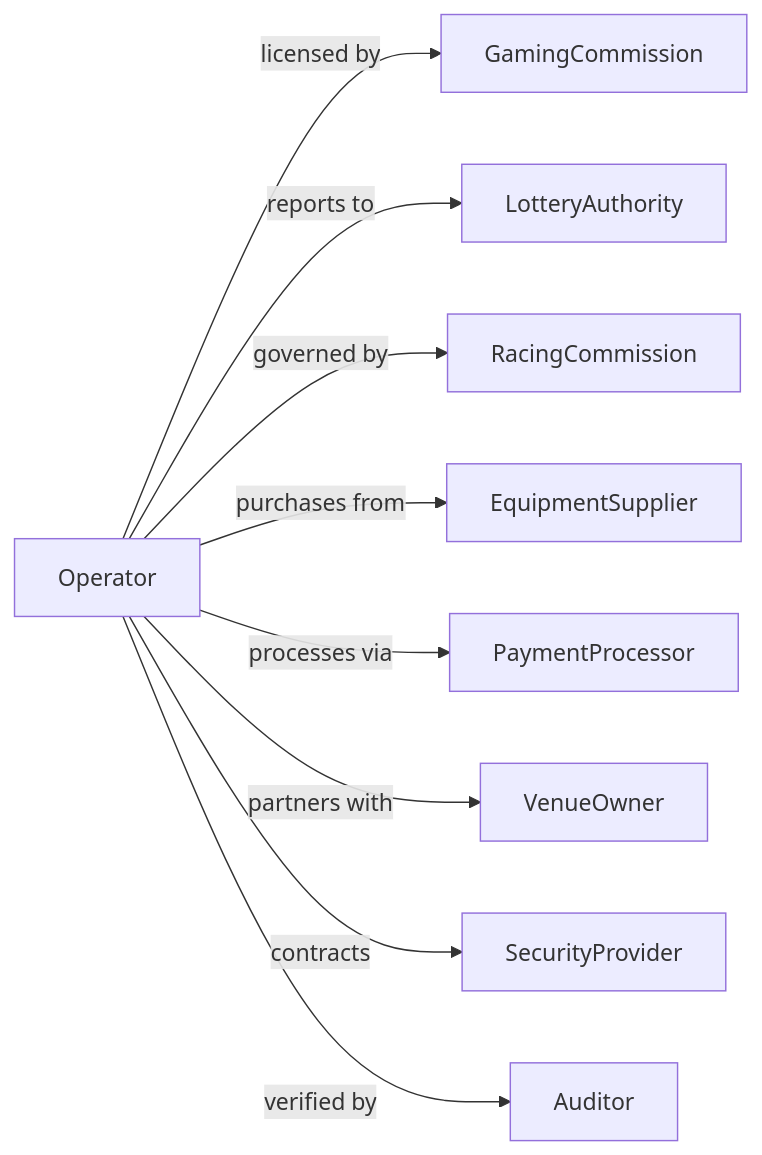
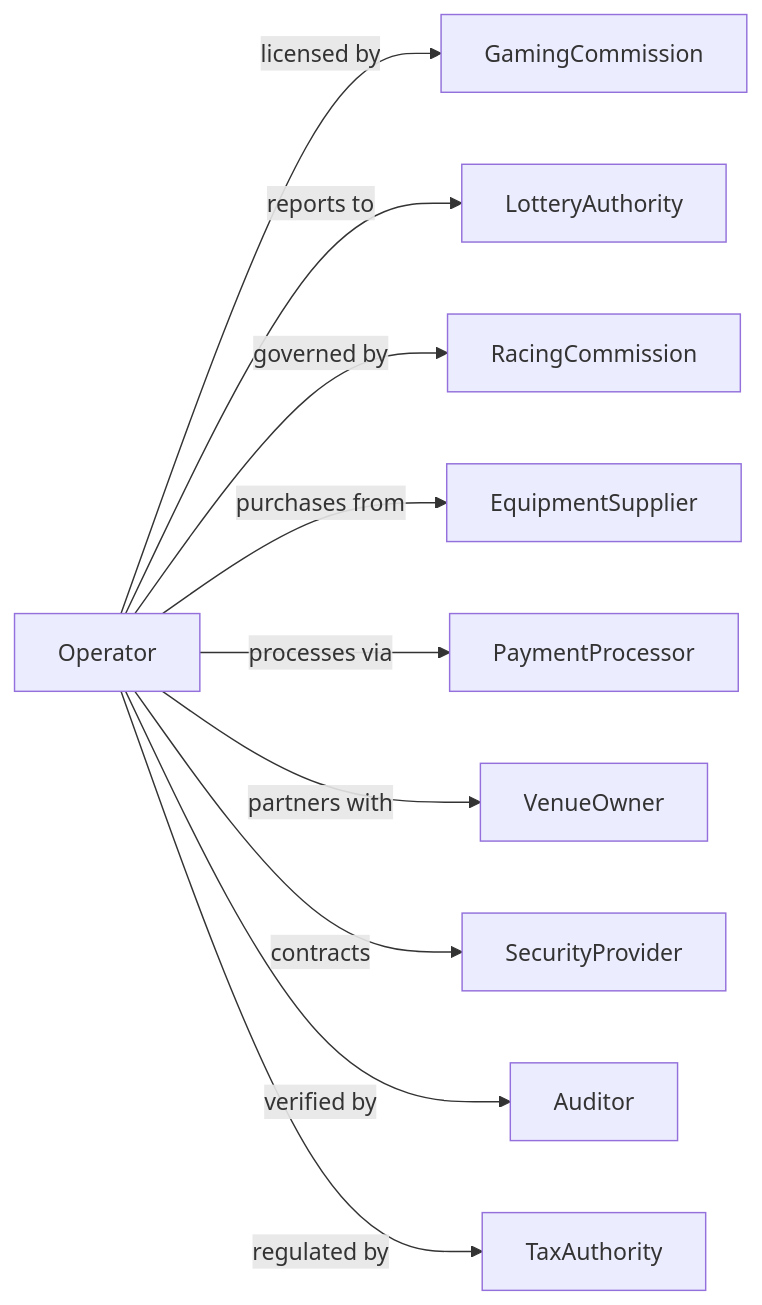
The second of 2 diagrams in Arts/AmusementGamblingAndRecreationIndustries/GamblingIndustries/OtherGamblingIndustries.mdx (dot-org-ai/industries.org.ai), drawn with Mermaid before and after one commit. The commit also changed other lines of this file and 588 other files, not shown here.

````diff
--- a/Arts/AmusementGamblingAndRecreationIndustries/GamblingIndustries/OtherGamblingIndustries.mdx
+++ b/Arts/AmusementGamblingAndRecreationIndustries/GamblingIndustries/OtherGamblingIndustries.mdx
@@ -124,13 +124,14 @@
 ```mermaid
 graph LR
     O[Operator]
 
     O -->|licensed by| GamingCommission
     O -->|reports to| LotteryAuthority
     O -->|governed by| RacingCommission
     O -->|purchases from| EquipmentSupplier
     O -->|processes via| PaymentProcessor
     O -->|partners with| VenueOwner
     O -->|contracts| SecurityProvider
     O -->|verified by| Auditor
+    O -->|regulated by| TaxAuthority
 ```
````
